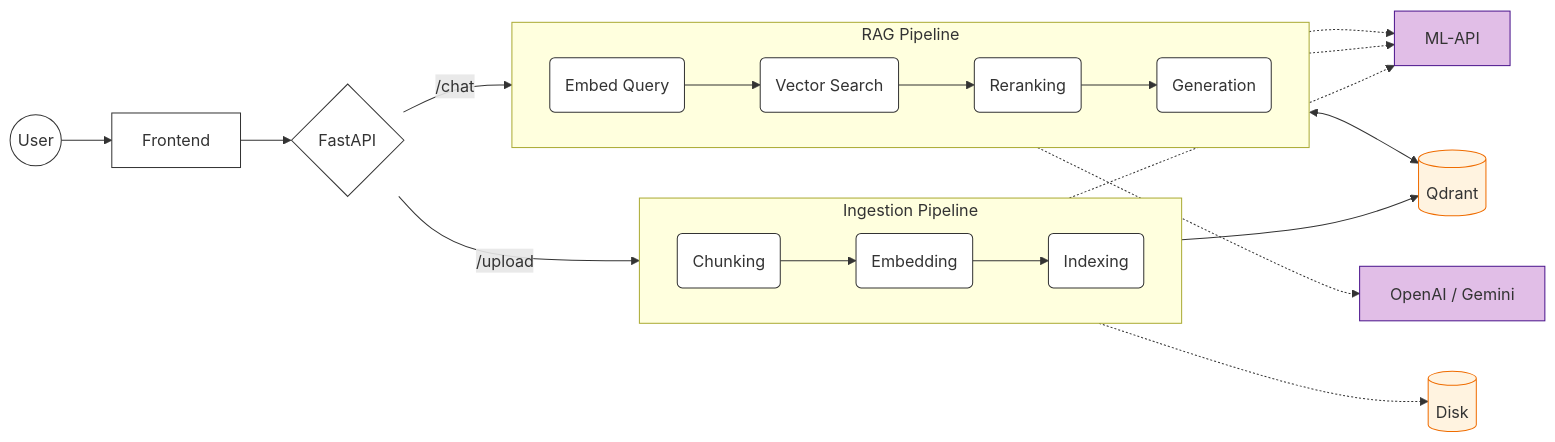
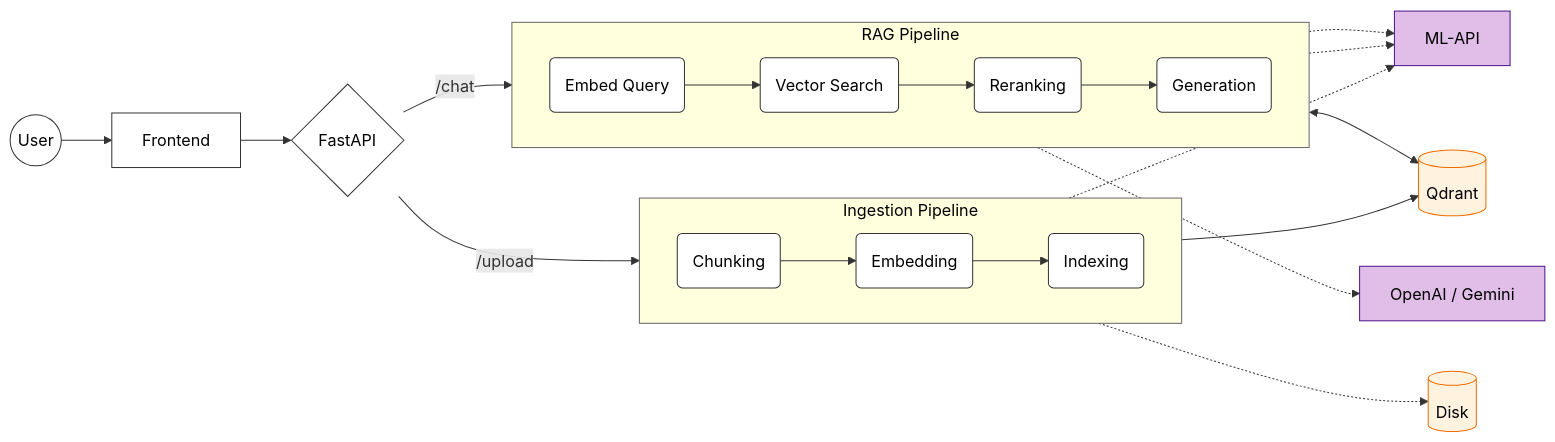
One commit to bhattaraiprayag/Document-RAG changed the diagram in ARCHITECTURE.md. Above: the diagram before and after it, drawn with Mermaid.

Commit message:
chore: changed ASCII diagrams to Mermaid

````diff
--- a/ARCHITECTURE.md
+++ b/ARCHITECTURE.md
@@ -37,36 +37,40 @@
 ```mermaid
 graph LR
-    %% Styles
-    classDef default fill:#fff,stroke:#333,stroke-width:1px;
-    classDef db fill:#FFF3E0,stroke:#EF6C00;
-    classDef service fill:#E1BEE7,stroke:#4A148C;
-    
+    %% --- Styling ---
+    classDef default fill:#fff,stroke:#333,stroke-width:1px,color:#000;
+    classDef db fill:#FFF3E0,stroke:#EF6C00,color:#000;
+    classDef service fill:#E1BEE7,stroke:#4A148C,color:#000;
+
+    style Ingestion color:#000,stroke:#666
+    style RAG color:#000,stroke:#666
+
+    %% --- Nodes ---
     User((User)) --> Frontend[Frontend]
     Frontend --> Backend{FastAPI}
 
     subgraph Ingestion [Ingestion Pipeline]
         direction LR
         I1(Chunking) --> I2(Embedding)
         I2 --> I3(Indexing)
     end
 
     subgraph RAG [RAG Pipeline]
         direction LR
         R1(Embed Query) --> R2(Vector Search)
         R2 --> R3(Reranking)
         R3 --> R4(Generation)
     end
 
     Backend -->|/upload| Ingestion
     Backend -->|/chat| RAG
 
-    %% Dependencies
+    %% --- Dependencies ---
     I1 -.-> Storage[(Disk)]:::db
     I2 -.-> ML[ML-API]:::service
     I3 --> Qdrant[(Qdrant)]:::db
 
     R1 -.-> ML
     R2 <--> Qdrant
     R3 -.-> ML
     R4 -.-> AI[OpenAI / Gemini]:::service
 ```
````
